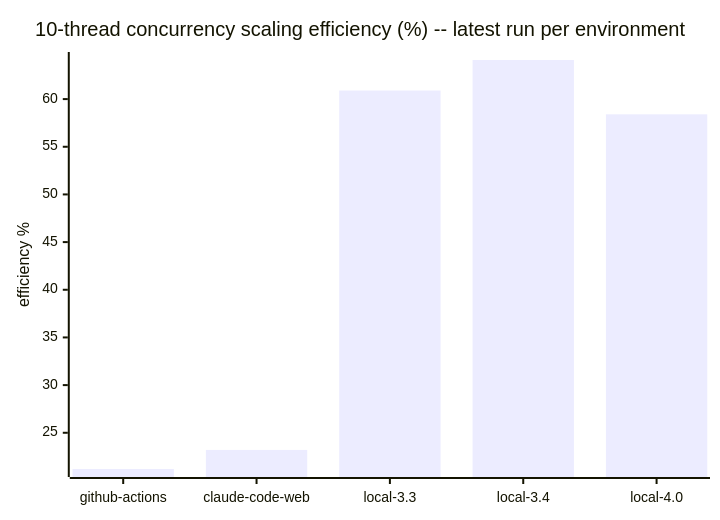
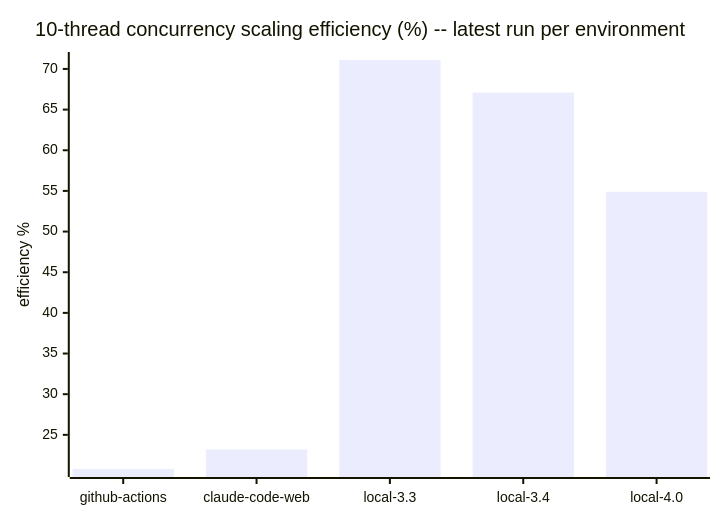
Before and after one commit to cpb/duckling: the seventh of 7 diagrams in docs/benchmarks/README.md, drawn with Mermaid. The commit also changed other lines of this file and 3 other files, not shown here.

````diff
--- a/docs/benchmarks/README.md
+++ b/docs/benchmarks/README.md
@@ -223,7 +223,7 @@
 ```mermaid
 xychart-beta
     title "10-thread concurrency scaling efficiency (%) -- latest run per environment"
     x-axis [github-actions, claude-code-web, local-3.3, local-3.4, local-4.0]
     y-axis "efficiency %"
-    bar "efficiency_pct" [21.2, 23.2, 60.9, 64.1, 58.4]
+    bar "efficiency_pct" [20.8, 23.2, 71.1, 67.1, 54.9]
 ```
````
